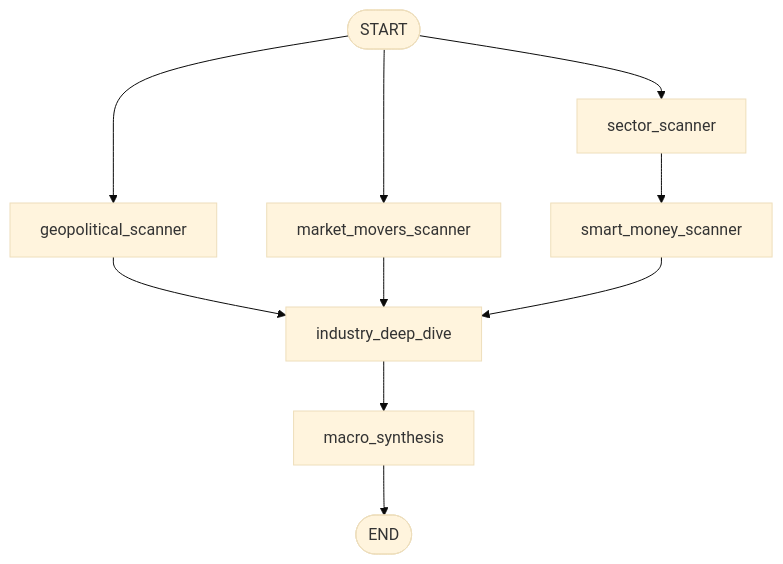
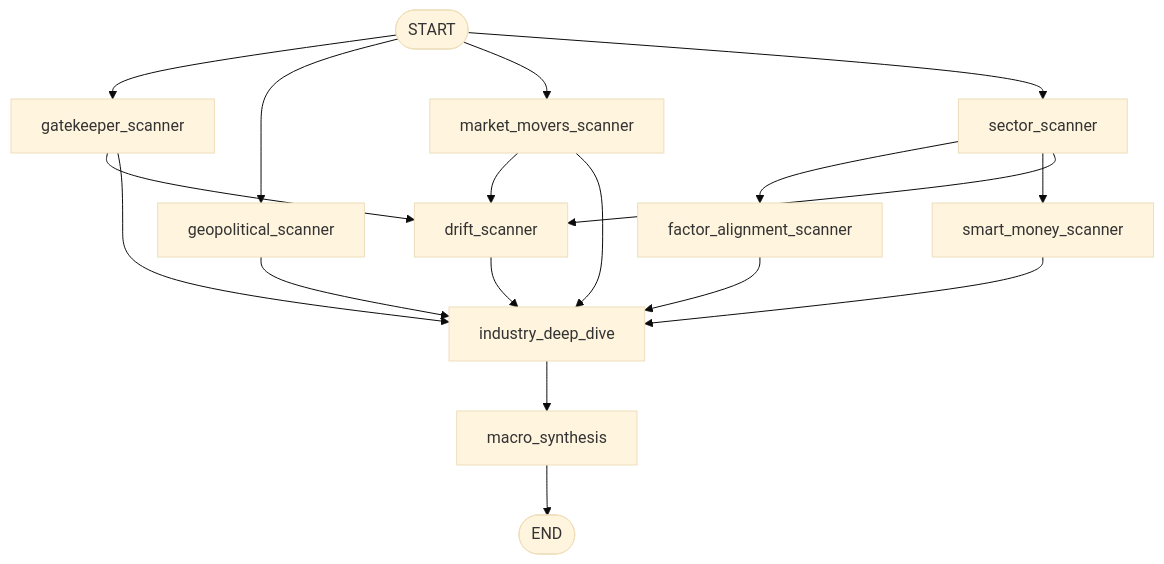
Before and after one commit to TauricResearch/TradingAgents: the first of 3 diagrams in docs/graph_flows.md, drawn with Mermaid (base theme). The commit also changed other lines of this file and 11 other files, not shown here.

First line of the commit message:
[codex] Fix scan fallback rerun and refresh graph docs (#151)

````diff
--- a/docs/graph_flows.md
+++ b/docs/graph_flows.md
@@ -20,12 +8,20 @@
 ```mermaid
 flowchart TD
-    A([START]) --> B[geopolitical_scanner]
-    A --> C[market_movers_scanner]
-    A --> D[sector_scanner]
-    D --> E[smart_money_scanner]
-    B --> F[industry_deep_dive]
-    C --> F
-    E --> F
-    F --> G[macro_synthesis]
-    G --> H([END])
+    A([START]) --> B["gatekeeper_scanner"]
+    A --> C["geopolitical_scanner"]
+    A --> D["market_movers_scanner"]
+    A --> E["sector_scanner"]
+    E --> F["factor_alignment_scanner"]
+    E --> G["smart_money_scanner"]
+    E --> H["drift_scanner"]
+    D --> H
+    B --> H
+    B --> I["industry_deep_dive"]
+    C --> I
+    D --> I
+    F --> I
+    H --> I
+    G --> I
+    I --> J["macro_synthesis"]
+    J --> K([END])
 ```
````
